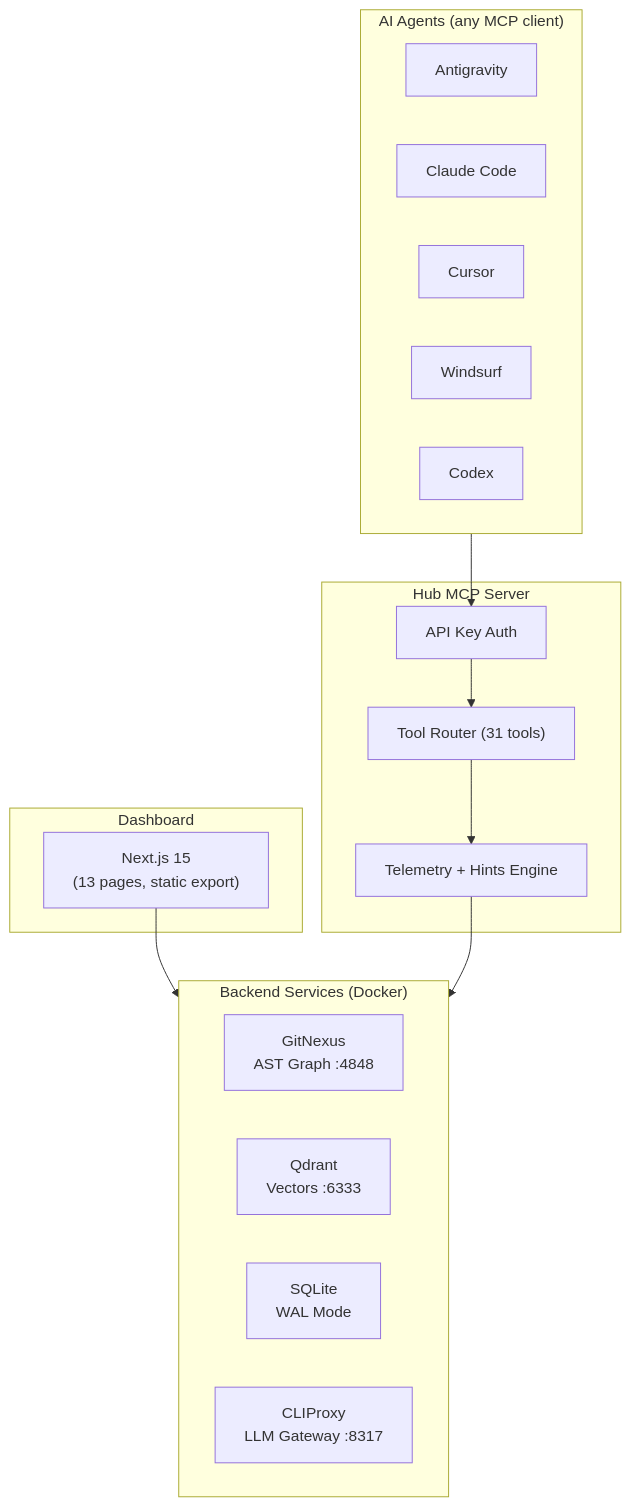
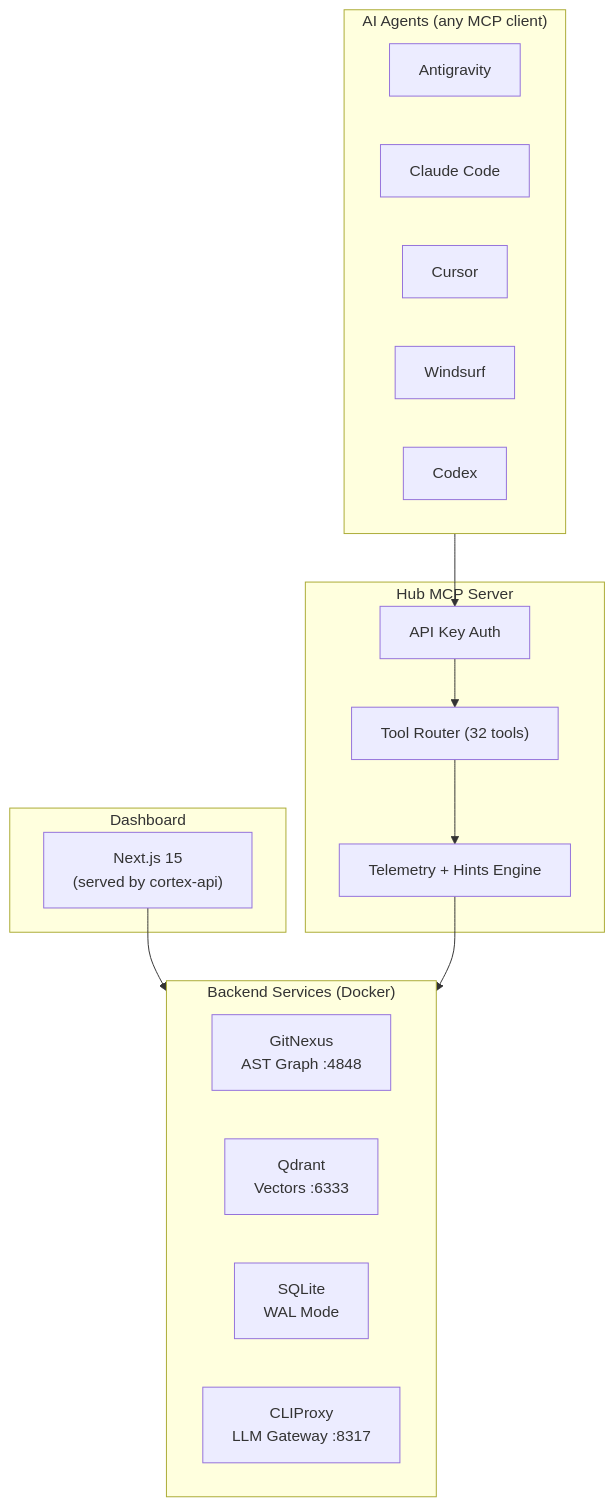
Before and after one commit to lktiep/cortex-hub: the diagram in README.md, drawn with Mermaid. The commit also changed other lines of this file and 63 other files, not shown here.

````diff
--- a/README.md
+++ b/README.md
@@ -281,32 +287,32 @@
 ```mermaid
 graph TB
     subgraph Agents["AI Agents (any MCP client)"]
         AG["Antigravity"]
         CC["Claude Code"]
         CU["Cursor"]
         WS["Windsurf"]
         CX["Codex"]
     end
 
     subgraph Gateway["Hub MCP Server"]
         AUTH["API Key Auth"]
-        ROUTER["Tool Router (31 tools)"]
+        ROUTER["Tool Router (32 tools)"]
         TEL["Telemetry + Hints Engine"]
     end
 
     subgraph Services["Backend Services (Docker)"]
         direction LR
         GN["GitNexus<br/>AST Graph :4848"]
         QD["Qdrant<br/>Vectors :6333"]
         DB["SQLite<br/>WAL Mode"]
         CLIP["CLIProxy<br/>LLM Gateway :8317"]
     end
 
     subgraph Frontend["Dashboard"]
-        DASH["Next.js 15<br/>(13 pages, static export)"]
+        DASH["Next.js 15<br/>(served by cortex-api)"]
     end
 
     Agents --> AUTH --> ROUTER --> TEL
     TEL --> Services
     DASH --> DB
 ```
````
